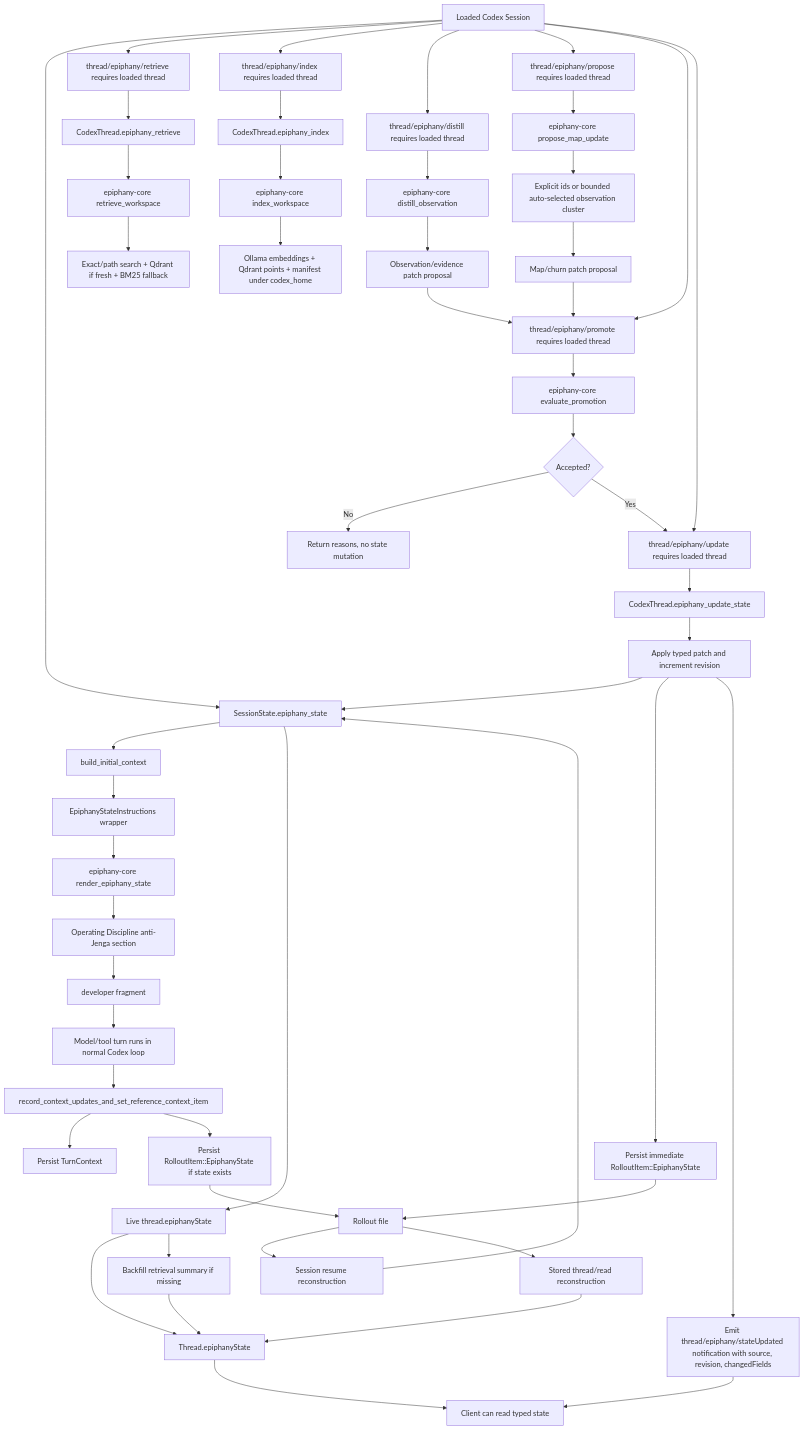
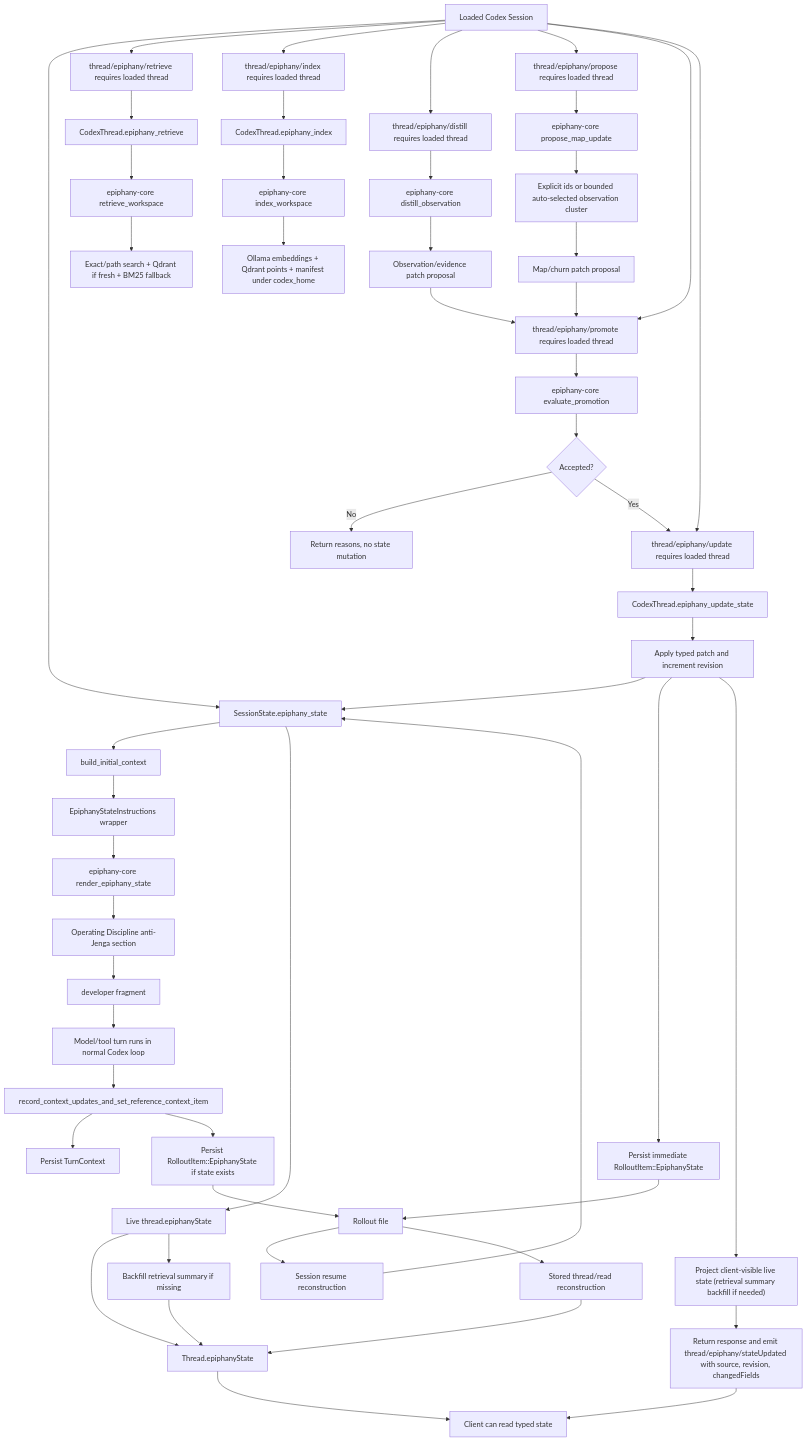
The diagram in notes/epiphany-current-algorithmic-map.md (GameCult/Epiphany), drawn with Mermaid before and after one commit. The commit also changed other lines of this file and 6 other files, not shown here.

````diff
--- a/notes/epiphany-current-algorithmic-map.md
+++ b/notes/epiphany-current-algorithmic-map.md
@@ -38,53 +38,54 @@
 ```mermaid
 flowchart TD
     A["Loaded Codex Session"] --> B["SessionState.epiphany_state"]
     B --> C["build_initial_context"]
     C --> D["EpiphanyStateInstructions wrapper"]
     D --> E["epiphany-core render_epiphany_state"]
     E --> EA["Operating Discipline anti-Jenga section"]
     EA --> F["<epiphany_state> developer fragment"]
     F --> G["Model/tool turn runs in normal Codex loop"]
     G --> H["record_context_updates_and_set_reference_context_item"]
     H --> I["Persist TurnContext"]
     H --> J["Persist RolloutItem::EpiphanyState if state exists"]
     J --> K["Rollout file"]
     K --> L["Session resume reconstruction"]
     L --> B
     K --> M["Stored thread/read reconstruction"]
     M --> N["Thread.epiphanyState"]
     B --> O["Live thread.epiphanyState"]
     O --> N
     O --> P["Backfill retrieval summary if missing"]
     P --> N
     N --> Q["Client can read typed state"]
     A --> R["thread/epiphany/retrieve requires loaded thread"]
     A --> S["thread/epiphany/index requires loaded thread"]
     A --> AA["thread/epiphany/distill requires loaded thread"]
     A --> AH["thread/epiphany/propose requires loaded thread"]
     A --> AD["thread/epiphany/promote requires loaded thread"]
     A --> Z["thread/epiphany/update requires loaded thread"]
     AA --> AB["epiphany-core distill_observation"]
     AB --> AC["Observation/evidence patch proposal"]
     AC --> AD
     AH --> AI["epiphany-core propose_map_update"]
     AI --> AIA["Explicit ids or bounded auto-selected observation cluster"]
     AIA --> AJ["Map/churn patch proposal"]
     AJ --> AD
     AD --> AE["epiphany-core evaluate_promotion"]
     AE --> AF{"Accepted?"}
     AF -->|"No"| AG["Return reasons, no state mutation"]
     AF -->|"Yes"| Z
     R --> T["CodexThread.epiphany_retrieve"]
     S --> U["CodexThread.epiphany_index"]
     Z --> ZA["CodexThread.epiphany_update_state"]
     ZA --> ZB["Apply typed patch and increment revision"]
     ZB --> B
     ZB --> ZC["Persist immediate RolloutItem::EpiphanyState"]
-    ZB --> ZD["Emit thread/epiphany/stateUpdated notification with source, revision, changedFields"]
-    ZD --> Q
+    ZB --> ZD["Project client-visible live state (retrieval summary backfill if needed)"]
+    ZD --> ZE["Return response and emit thread/epiphany/stateUpdated with source, revision, changedFields"]
+    ZE --> Q
     ZC --> K
     T --> V["epiphany-core retrieve_workspace"]
     U --> W["epiphany-core index_workspace"]
     V --> X["Exact/path search + Qdrant if fresh + BM25 fallback"]
     W --> Y["Ollama embeddings + Qdrant points + manifest under codex_home"]
 ```
````
